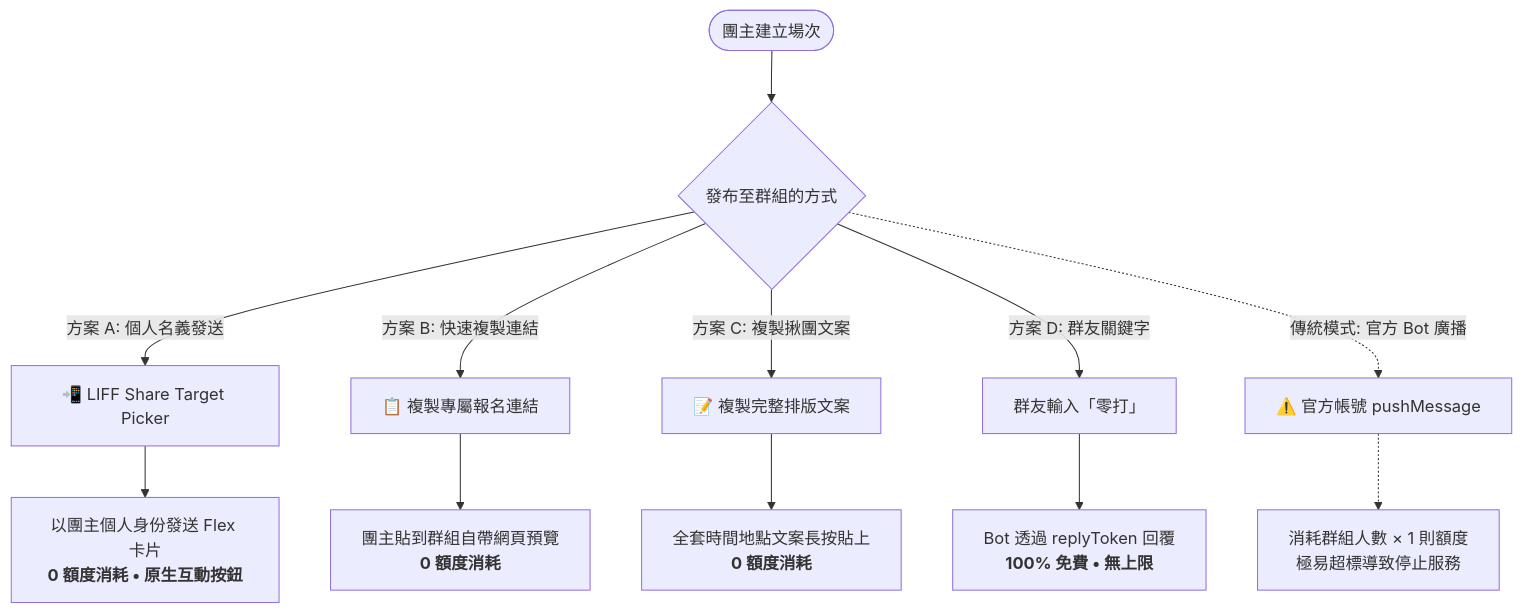
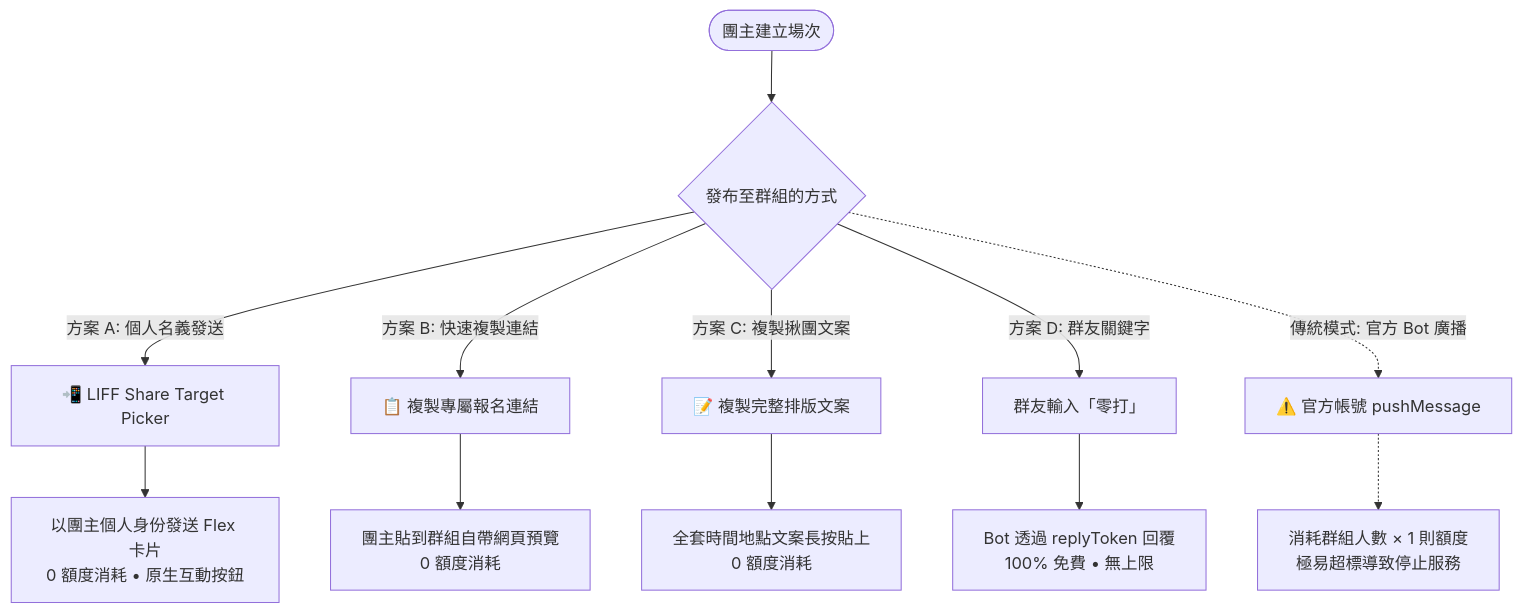
One commit to lulu-lovebird/badminton-line-bot changed the first of 2 diagrams in README.md. Above: the diagram before and after it, drawn with Mermaid. The commit also changed 1 other file, not shown here.

Commit message:
fix(docs): quote all Mermaid node labels to resolve GitHub markdown parse error

````diff
--- a/README.md
+++ b/README.md
@@ -51,19 +51,19 @@
 ```mermaid
 flowchart TD
-    Host([團主建立場次]) --> Decision{發布至群組的方式}
+    Host(["團主建立場次"]) --> Decision{"發布至群組的方式"}
     
-    Decision -->|方案 A: 個人名義發送| SharePicker[📲 LIFF Share Target Picker]
-    SharePicker --> HostSends[以團主個人身份發送 Flex 卡片<br><b>0 額度消耗 • 原生互動按鈕</b>]
+    Decision -->|"方案 A: 個人名義發送"| SharePicker["📲 LIFF Share Target Picker"]
+    SharePicker --> HostSends["以團主個人身份發送 Flex 卡片<br>0 額度消耗 • 原生互動按鈕"]
     
-    Decision -->|方案 B: 快速複製連結| CopyUrl[📋 複製專屬報名連結]
-    CopyUrl --> PasteUrl[團主貼到群組自帶網頁預覽<br><b>0 額度消耗</b>]
+    Decision -->|"方案 B: 快速複製連結"| CopyUrl["📋 複製專屬報名連結"]
+    CopyUrl --> PasteUrl["團主貼到群組自帶網頁預覽<br>0 額度消耗"]
     
-    Decision -->|方案 C: 複製揪團文案| CopyText[📝 複製完整排版文案]
-    CopyText --> PasteText[全套時間地點文案長按貼上<br><b>0 額度消耗</b>]
+    Decision -->|"方案 C: 複製揪團文案"| CopyText["📝 複製完整排版文案"]
+    CopyText --> PasteText["全套時間地點文案長按貼上<br>0 額度消耗"]
     
-    Decision -->|方案 D: 群友關鍵字| Keyword[群友輸入「零打」]
-    Keyword --> ReplyToken[Bot 透過 replyToken 回覆<br><b>100% 免費 • 無上限</b>]
+    Decision -->|"方案 D: 群友關鍵字"| Keyword["群友輸入「零打」"]
+    Keyword --> ReplyToken["Bot 透過 replyToken 回覆<br>100% 免費 • 無上限"]
     
-    Decision -.->|傳統模式: 官方 Bot 廣播| BotPush[⚠️ 官方帳號 pushMessage]
-    BotPush -.-> Consume[消耗群組人數 × 1 則額度<br>極易超標導致停止服務]
+    Decision -.->|"傳統模式: 官方 Bot 廣播"| BotPush["⚠️ 官方帳號 pushMessage"]
+    BotPush -.-> Consume["消耗群組人數 × 1 則額度<br>極易超標導致停止服務"]
 ```
````
